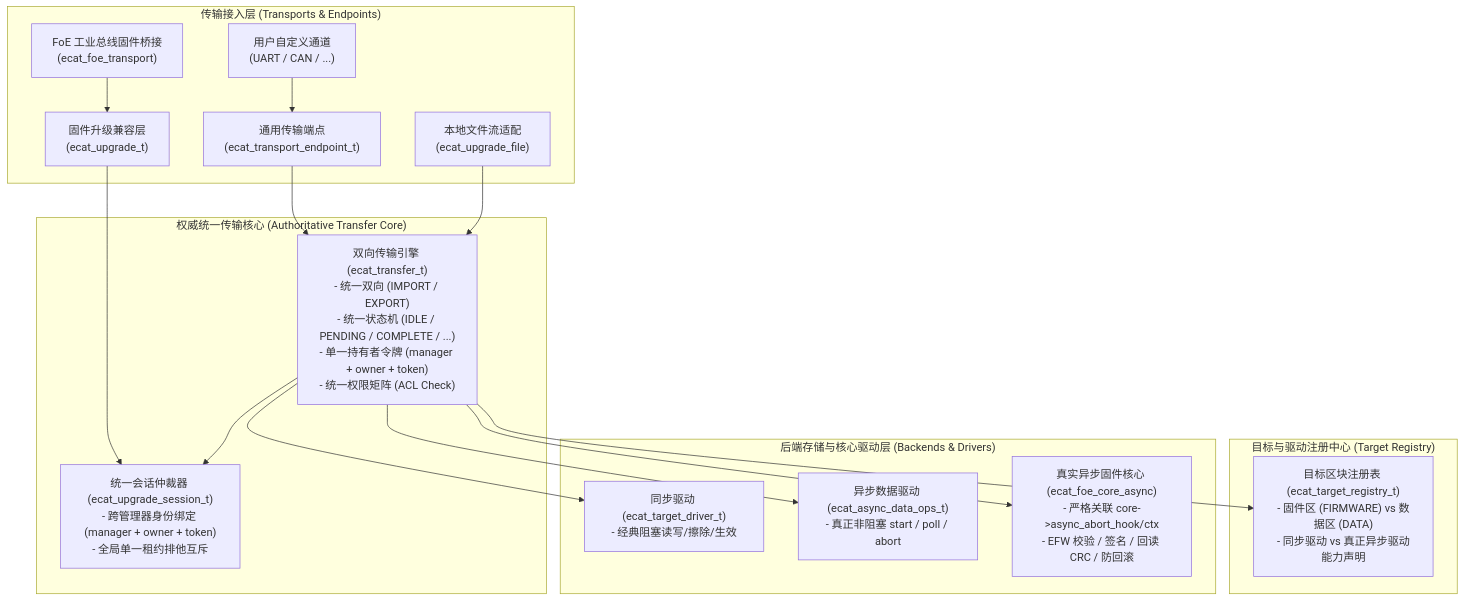
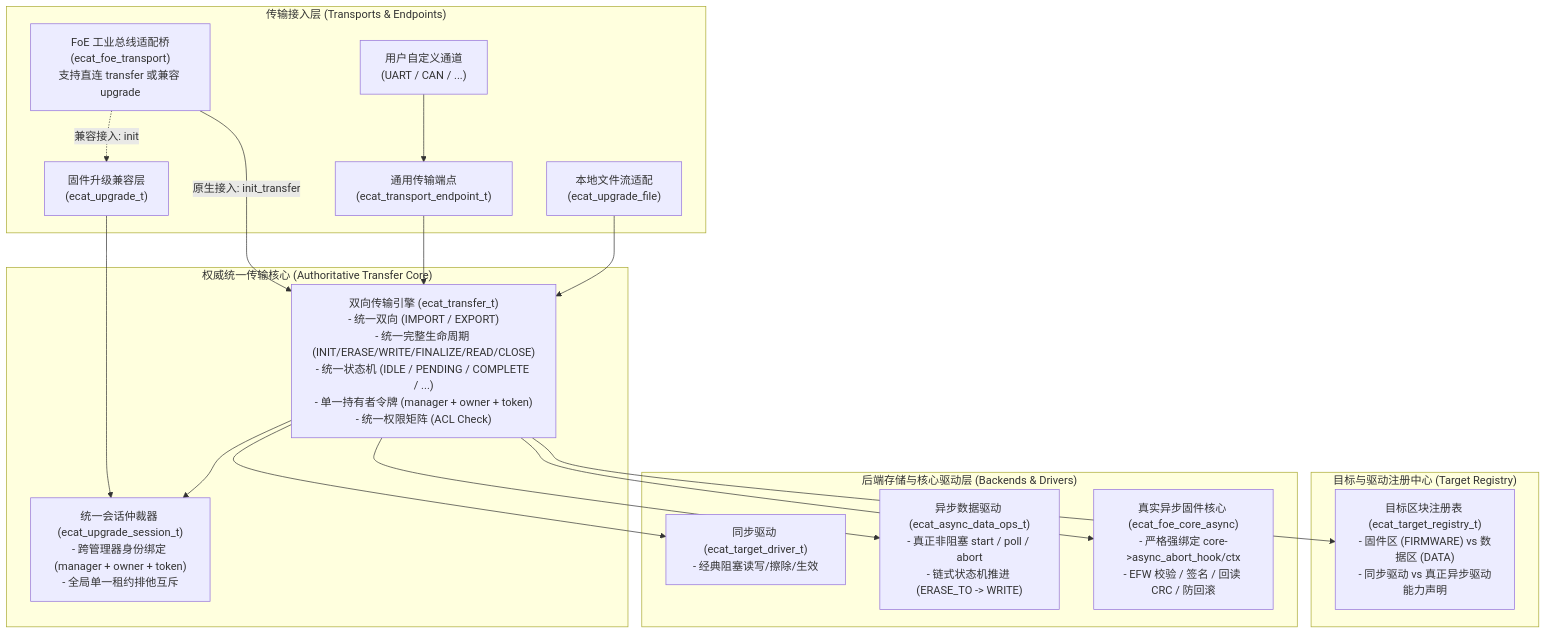
Before and after one commit to LckAndLove/embed-ldr: the first of 3 diagrams in docs/architecture/unified-transfer-architecture.md, drawn with Mermaid. The commit also changed other lines of this file and 5 other files, not shown here.

Commit message:
refactor(transport): converge FoE transport into authoritative transfer core / 将 FoE 传输适配器收拢接入权威传输核心

````diff
--- a/docs/architecture/unified-transfer-architecture.md
+++ b/docs/architecture/unified-transfer-architecture.md
@@ -15,37 +15,38 @@
 ```mermaid
 flowchart TD
     subgraph Transports["传输接入层 (Transports & Endpoints)"]
-        FoE["FoE 工业总线固件桥接\n(ecat_foe_transport)"]
+        FoE["FoE 工业总线适配桥\n(ecat_foe_transport)\n支持直连 transfer 或兼容 upgrade"]
         Endpoint["通用传输端点\n(ecat_transport_endpoint_t)"]
         File["本地文件流适配\n(ecat_upgrade_file)"]
         Custom["用户自定义通道\n(UART / CAN / ...)"]
         Legacy["固件升级兼容层\n(ecat_upgrade_t)"]
     end
 
     subgraph Core["权威统一传输核心 (Authoritative Transfer Core)"]
-        TransferMgr["双向传输引擎 (ecat_transfer_t)\n- 统一双向 (IMPORT / EXPORT)\n- 统一状态机 (IDLE / PENDING / COMPLETE / ...)\n- 单一持有者令牌 (manager + owner + token)\n- 统一权限矩阵 (ACL Check)"]
+        TransferMgr["双向传输引擎 (ecat_transfer_t)\n- 统一双向 (IMPORT / EXPORT)\n- 统一完整生命周期 (INIT/ERASE/WRITE/FINALIZE/READ/CLOSE)\n- 统一状态机 (IDLE / PENDING / COMPLETE / ...)\n- 单一持有者令牌 (manager + owner + token)\n- 统一权限矩阵 (ACL Check)"]
         SharedSession["统一会话仲裁器 (ecat_upgrade_session_t)\n- 跨管理器身份绑定 (manager + owner + token)\n- 全局单一租约排他互斥"]
     end
 
     subgraph Registry["目标与驱动注册中心 (Target Registry)"]
         TargetReg["目标区块注册表 (ecat_target_registry_t)\n- 固件区 (FIRMWARE) vs 数据区 (DATA)\n- 同步驱动 vs 真正异步驱动能力声明"]
     end
 
     subgraph Drivers["后端存储与核心驱动层 (Backends & Drivers)"]
         SyncDrv["同步驱动 (ecat_target_driver_t)\n- 经典阻塞读写/擦除/生效"]
-        AsyncDataDrv["异步数据驱动 (ecat_async_data_ops_t)\n- 真正非阻塞 start / poll / abort"]
-        AsyncFwCore["真实异步固件核心 (ecat_foe_core_async)\n- 严格关联 core->async_abort_hook/ctx\n- EFW 校验 / 签名 / 回读 CRC / 防回滚"]
+        AsyncDataDrv["异步数据驱动 (ecat_async_data_ops_t)\n- 真正非阻塞 start / poll / abort\n- 链式状态机推进 (ERASE_TO -> WRITE)"]
+        AsyncFwCore["真实异步固件核心 (ecat_foe_core_async)\n- 严格强绑定 core->async_abort_hook/ctx\n- EFW 校验 / 签名 / 回读 CRC / 防回滚"]
     end
 
-    FoE --> Legacy
+    FoE -->|原生接入: init_transfer| TransferMgr
+    FoE -.->|兼容接入: init| Legacy
     Legacy --> SharedSession
     Endpoint --> TransferMgr
     File --> TransferMgr
     Custom --> Endpoint
 
     TransferMgr --> SharedSession
     TransferMgr --> TargetReg
     TransferMgr --> SyncDrv
     TransferMgr --> AsyncDataDrv
     TransferMgr --> AsyncFwCore
 ```
````
